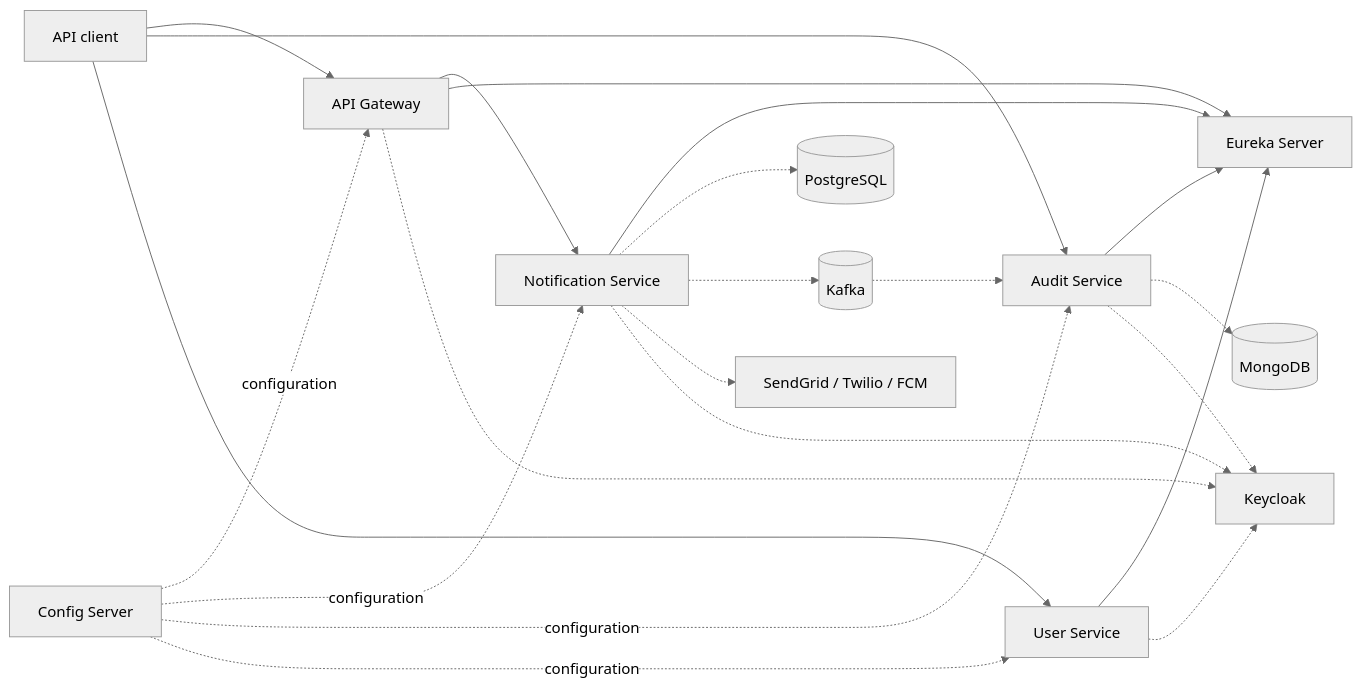
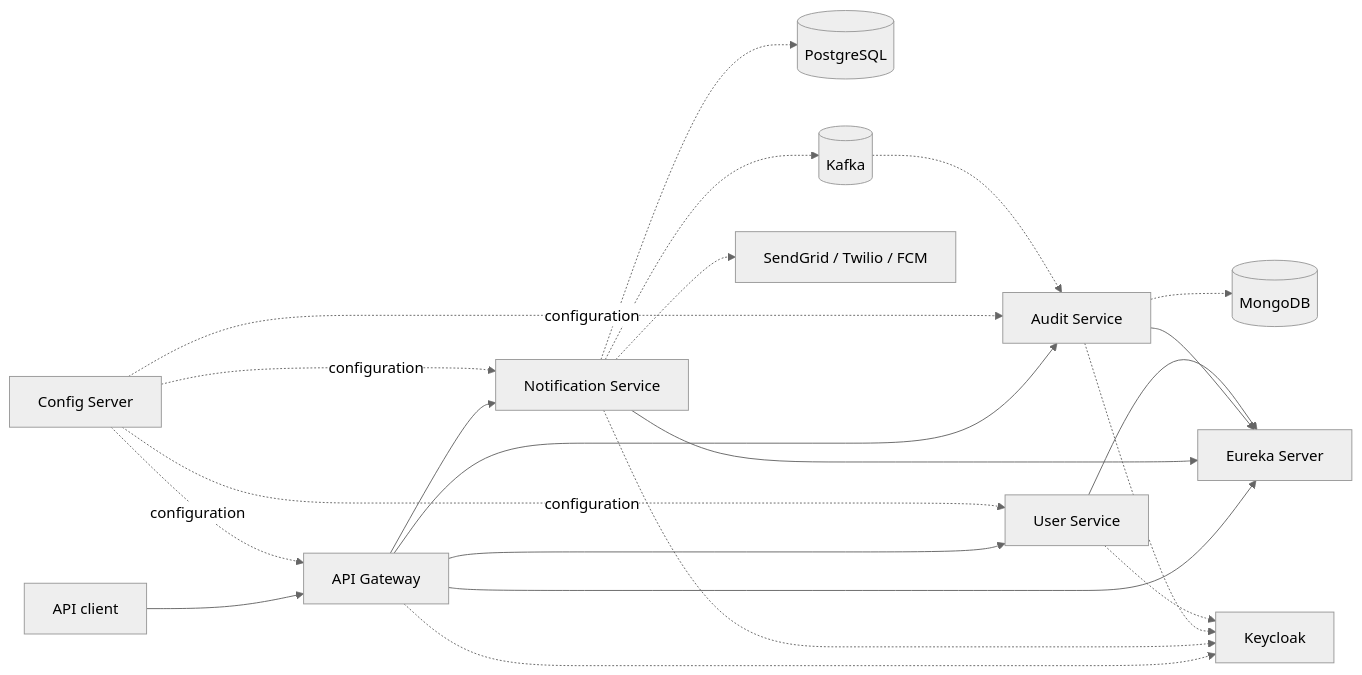
One commit to Exar-lab/AegisNotify changed the first of 4 diagrams in docs/ARCHITECTURE.md. Above: the diagram before and after it, drawn with Mermaid (neutral theme). The commit also changed other lines of this file and 4 other files, not shown here.

First line of the commit message:
docs: fix stale statements in README, ARCHITECTURE, and scopes docs

````diff
--- a/docs/ARCHITECTURE.md
+++ b/docs/ARCHITECTURE.md
@@ -14,26 +14,26 @@
 ```mermaid
 flowchart LR
     Client[API client] --> Gateway[API Gateway]
     Gateway --> Notification[Notification Service]
-    Client --> Audit[Audit Service]
-    Client --> User[User Service]
+    Gateway --> Audit[Audit Service]
+    Gateway --> User[User Service]
 
     Gateway --> Eureka[Eureka Server]
     Notification --> Eureka
     Audit --> Eureka
     User --> Eureka
     Config[Config Server] -. configuration .-> Gateway
     Config -. configuration .-> Notification
     Config -. configuration .-> Audit
     Config -. configuration .-> User
 
     Notification -.-> Postgres[(PostgreSQL)]
     Notification -.-> Kafka[(Kafka)]
     Kafka -.-> Audit
     Audit -.-> Mongo[(MongoDB)]
     Notification -.-> Providers[SendGrid / Twilio / FCM]
     Gateway -.-> IdP[Keycloak]
     Notification -.-> IdP
     Audit -.-> IdP
     User -.-> IdP
 ```
````
